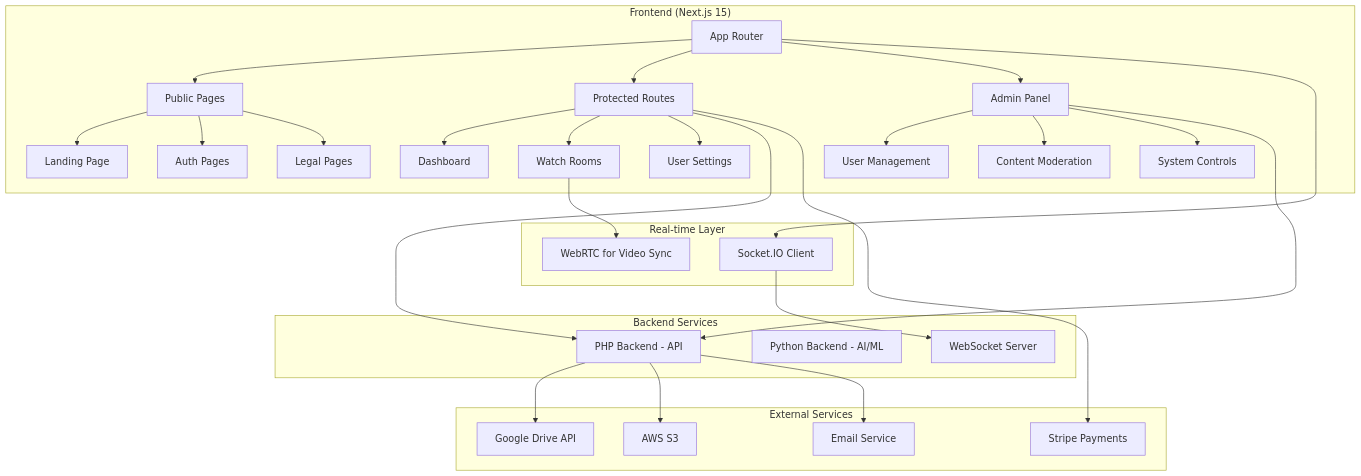
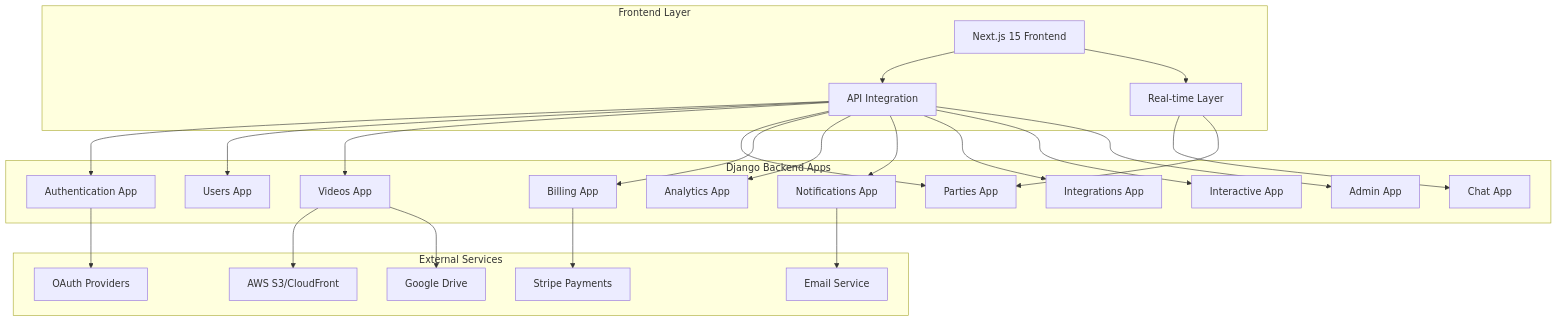
The first of 6 diagrams in README.md (EL-HOUSS-BRAHIM/watch-party), drawn with Mermaid before and after one commit. The commit also changed other lines of this file, not shown here.

````diff
--- a/README.md
+++ b/README.md
@@ -69,48 +105,51 @@
 ```mermaid
 graph TB
-    subgraph "Frontend (Next.js 15)"
-        A[App Router] --> B[Public Pages]
-        A --> C[Protected Routes]
-        A --> D[Admin Panel]
-        
-        B --> B1[Landing Page]
-        B --> B2[Auth Pages]
-        B --> B3[Legal Pages]
-        
-        C --> C1[Dashboard]
-        C --> C2[Watch Rooms]
-        C --> C3[User Settings]
-        
-        D --> D1[User Management]
-        D --> D2[Content Moderation]
-        D --> D3[System Controls]
+    subgraph "Frontend Layer"
+        FE[Next.js 15 Frontend]
+        RT[Real-time Layer]
+        API[API Integration]
     end
     
-    subgraph "Real-time Layer"
-        E[Socket.IO Client]
-        F[WebRTC for Video Sync]
-    end
-    
-    subgraph "Backend Services"
-        G[PHP Backend - API]
-        H[Python Backend - AI/ML]
-        I[WebSocket Server]
+    subgraph "Django Backend Apps"
+        AUTH[Authentication App]
+        USERS[Users App]
+        VIDEOS[Videos App]
+        PARTIES[Parties App]
+        CHAT[Chat App]
+        BILLING[Billing App]
+        ANALYTICS[Analytics App]
+        NOTIF[Notifications App]
+        INTEGR[Integrations App]
+        INTER[Interactive App]
+        ADMIN[Admin App]
     end
     
     subgraph "External Services"
-        J[Google Drive API]
-        K[AWS S3]
-        L[Stripe Payments]
-        M[Email Service]
+        STRIPE[Stripe Payments]
+        S3[AWS S3/CloudFront]
+        GDRIVE[Google Drive]
+        OAUTH[OAuth Providers]
+        EMAIL[Email Service]
     end
     
-    A --> E
-    E --> I
-    C --> G
-    D --> G
-    C2 --> F
-    G --> J
-    G --> K
-    C --> L
-    G --> M
+    FE --> API
+    FE --> RT
+    API --> AUTH
+    API --> USERS
+    API --> VIDEOS
+    API --> PARTIES
+    API --> BILLING
+    API --> ANALYTICS
+    API --> NOTIF
+    API --> INTEGR
+    API --> INTER
+    API --> ADMIN
+    RT --> CHAT
+    RT --> PARTIES
+    
+    BILLING --> STRIPE
+    VIDEOS --> S3
+    VIDEOS --> GDRIVE
+    AUTH --> OAUTH
+    NOTIF --> EMAIL
 ```
````
